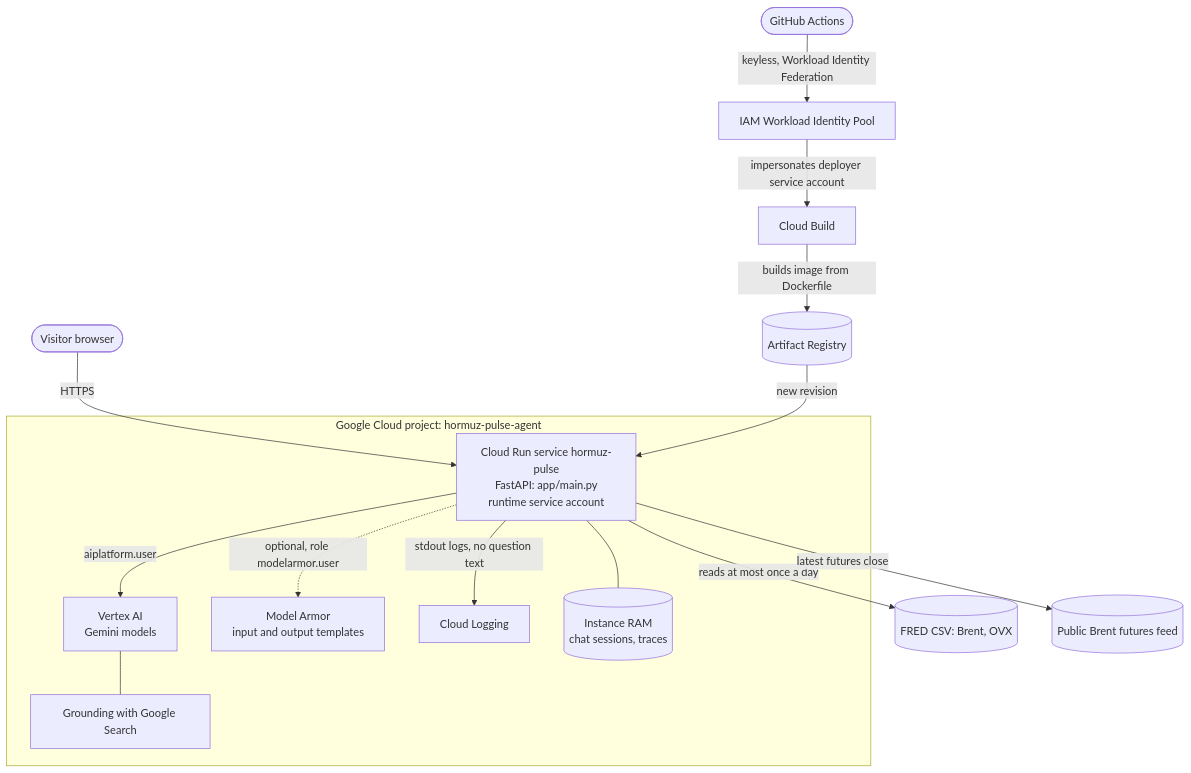
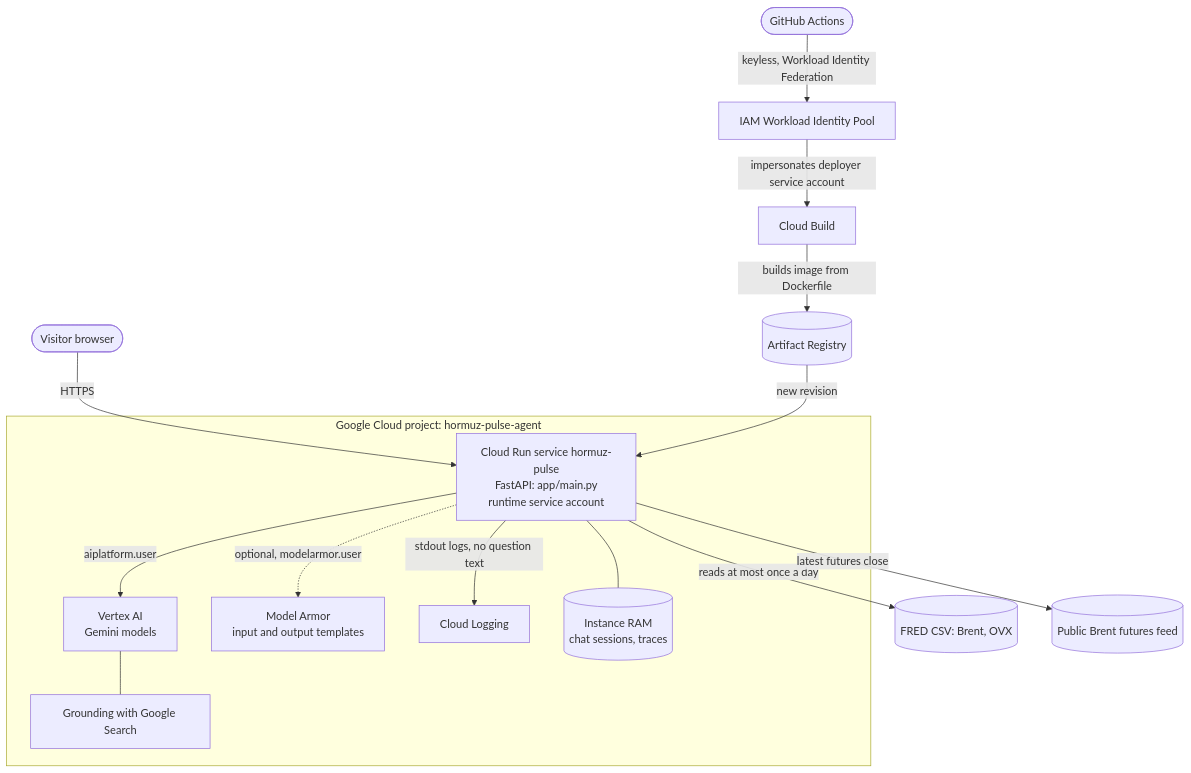
One commit to nasirtrekker/hormuz-pulse-ai-agent changed the fourth of 4 diagrams in README.md. Above: the diagram before and after it, drawn with Mermaid. The commit also changed other lines of this file and 2 other files, not shown here.

Commit message:
Fix README Mermaid diagram error, add demo video and recorder script

````diff
--- a/README.md
+++ b/README.md
@@ -197,20 +199,20 @@
 ```mermaid
 flowchart TB
     U([Visitor browser]) -->|HTTPS| CR
     GH([GitHub Actions]) -->|keyless, Workload Identity Federation| WIF[IAM Workload Identity Pool]
     WIF -->|impersonates deployer service account| CB[Cloud Build]
     CB -->|builds image from Dockerfile| AR[(Artifact Registry)]
     AR -->|new revision| CR
 
     subgraph PROJECT[Google Cloud project: hormuz-pulse-agent]
         CR[Cloud Run service hormuz-pulse<br/>FastAPI: app/main.py<br/>runtime service account]
         CR -->|aiplatform.user| VX[Vertex AI<br/>Gemini models]
         VX --- GS[Grounding with Google Search]
-        CR -. "optional, role modelarmor.user" .-> MA[Model Armor<br/>input and output templates]
+        CR -.->|optional, modelarmor.user| MA[Model Armor<br/>input and output templates]
         CR -->|stdout logs, no question text| LG[Cloud Logging]
         CR --- MEM[(Instance RAM<br/>chat sessions, traces)]
     end
 
     CR -->|reads at most once a day| FRED[(FRED CSV: Brent, OVX)]
     CR -->|latest futures close| FUT[(Public Brent futures feed)]
 ```
````
